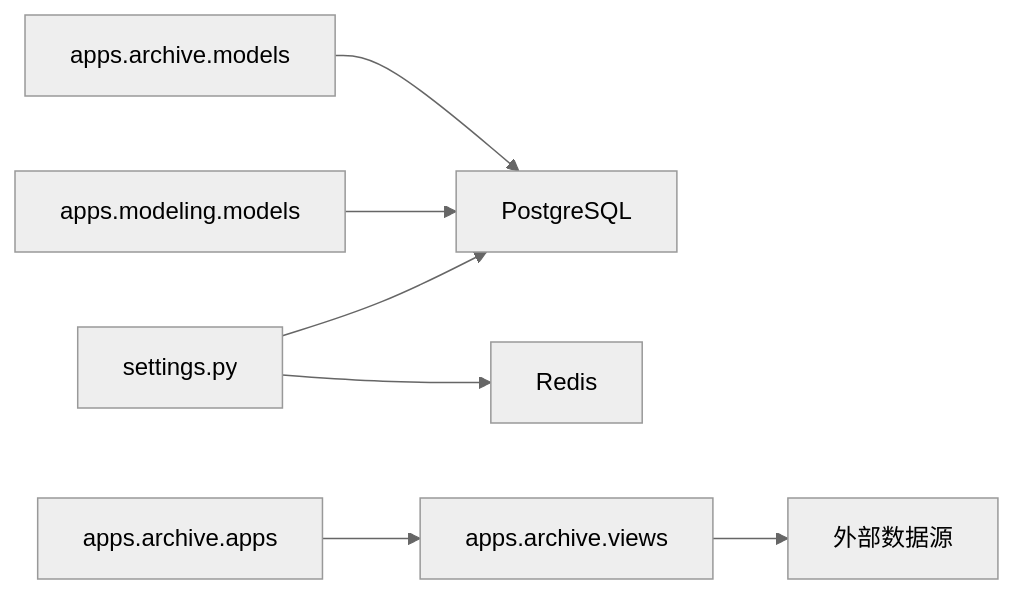
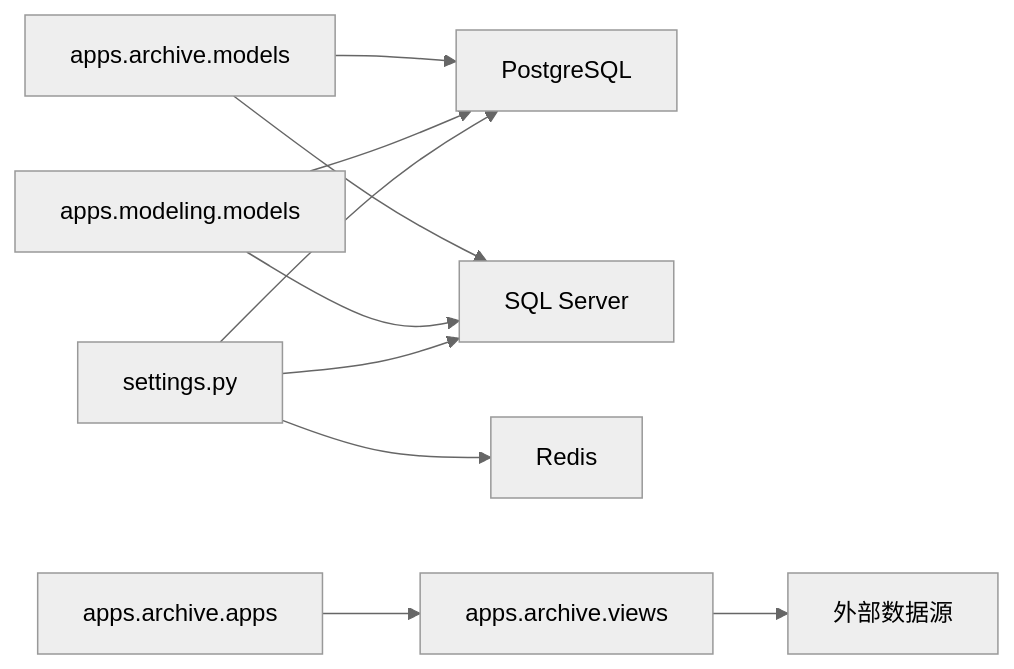
One commit to zyp-coder/Metadata changed the eighth of 8 diagrams in .qoder/repowiki/zh/content/架构设计/后端架构/数据库设计.md. Above: the diagram before and after it, drawn with Mermaid (neutral theme). The commit also changed other lines of this file and 49 other files, not shown here.

Commit message:
feat(modeling,archive): 预组合过滤引擎 + 预览接口扩展 + 第一百六十二/六十三轮留痕

````diff
--- a/.qoder/repowiki/zh/content/架构设计/后端架构/数据库设计.md
+++ b/.qoder/repowiki/zh/content/架构设计/后端架构/数据库设计.md
@@ -642,9 +774,12 @@
 ```mermaid
 graph LR
 Settings["settings.py"] --> PG["PostgreSQL"]
+Settings --> MSQl["SQL Server"]
 Settings --> Redis["Redis"]
 Modeling["apps.modeling.models"] --> PG
+Modeling --> MSQl
 Archive["apps.archive.models"] --> PG
+Archive --> MSQl
 ArchiveViews["apps.archive.views"] --> ExtDS["外部数据源"]
 ArchiveApps["apps.archive.apps"] --> ArchiveViews
 ```
````
